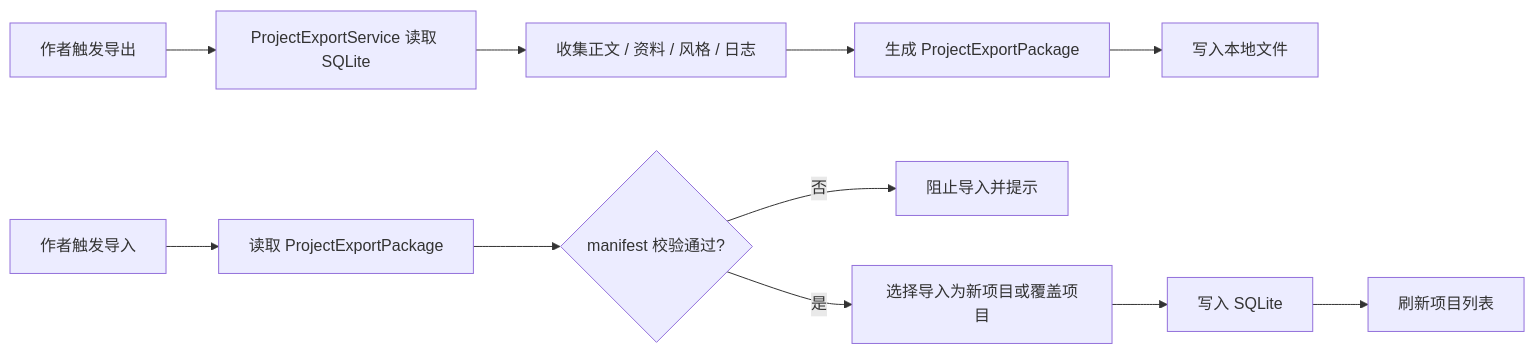
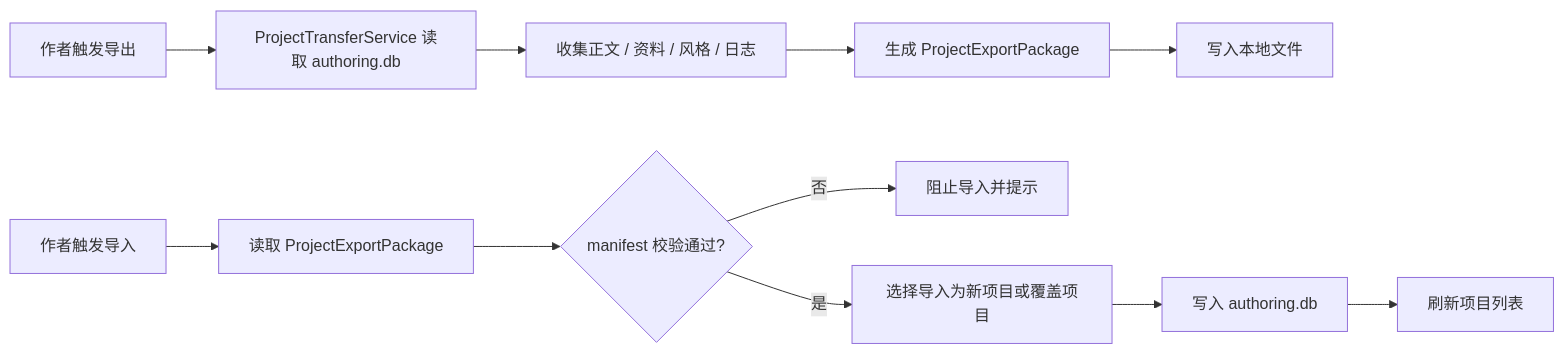
One commit to changw98ic/n0vel changed the third of 3 diagrams in docs/mvp/mvp-core-flows.md. Above: the diagram before and after it, drawn with Mermaid. The commit also changed other lines of this file and 17 other files, not shown here.

Commit message:
Update MVP docs for current app service architecture

````diff
--- a/docs/mvp/mvp-core-flows.md
+++ b/docs/mvp/mvp-core-flows.md
@@ -287,14 +293,14 @@
 ```mermaid
 flowchart LR
-    A["作者触发导出"] --> B["ProjectExportService 读取 SQLite"]
+    A["作者触发导出"] --> B["ProjectTransferService 读取 authoring.db"]
     B --> C["收集正文 / 资料 / 风格 / 日志"]
     C --> D["生成 ProjectExportPackage"]
     D --> E["写入本地文件"]
 
     F["作者触发导入"] --> G["读取 ProjectExportPackage"]
     G --> H{"manifest 校验通过?"}
     H -- 否 --> I["阻止导入并提示"]
     H -- 是 --> J["选择导入为新项目或覆盖项目"]
-    J --> K["写入 SQLite"]
+    J --> K["写入 authoring.db"]
     K --> L["刷新项目列表"]
 ```
````
